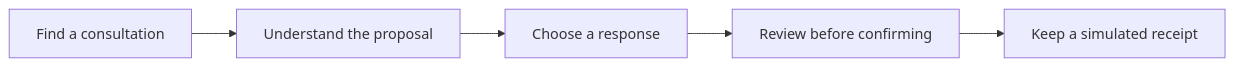
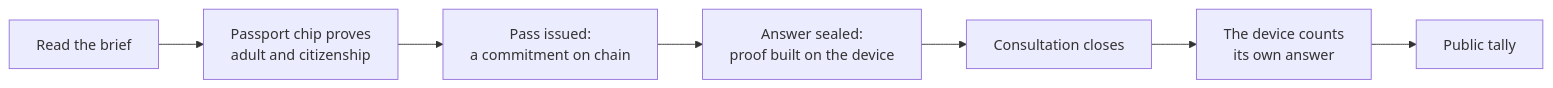
Before and after one commit to tomasgarro/midnight-vote: the diagram in README.md, drawn with Mermaid. The commit also changed other lines of this file and 1 other file, not shown here.

````diff
--- a/README.md
+++ b/README.md
@@ -60,7 +78,9 @@
 ```mermaid
 flowchart LR
-  discover[Find a consultation] --> understand[Understand the proposal]
-  understand --> choose[Choose a response]
-  choose --> review[Review before confirming]
-  review --> receipt[Keep a simulated receipt]
+  read[Read the brief] --> scan[Passport chip proves<br/>adult and citizenship]
+  scan --> pass[Pass issued:<br/>a commitment on chain]
+  pass --> seal[Answer sealed:<br/>proof built on the device]
+  seal --> close[Consultation closes]
+  close --> count[The device counts<br/>its own answer]
+  count --> tally[Public tally]
 ```
````
